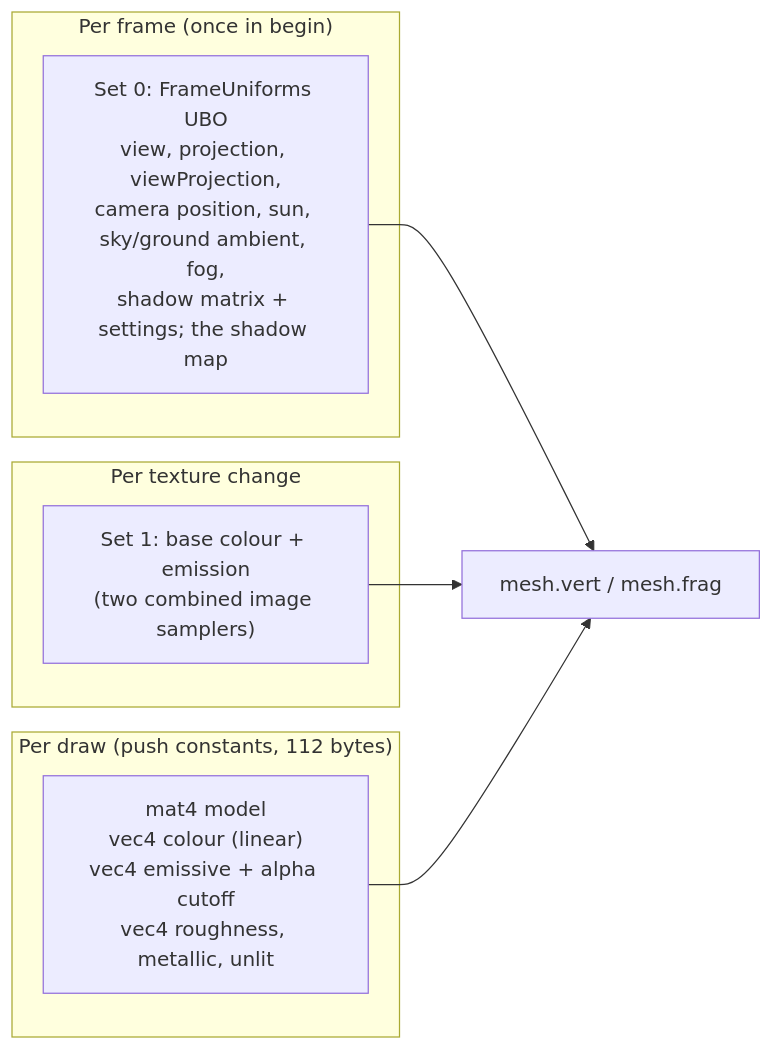
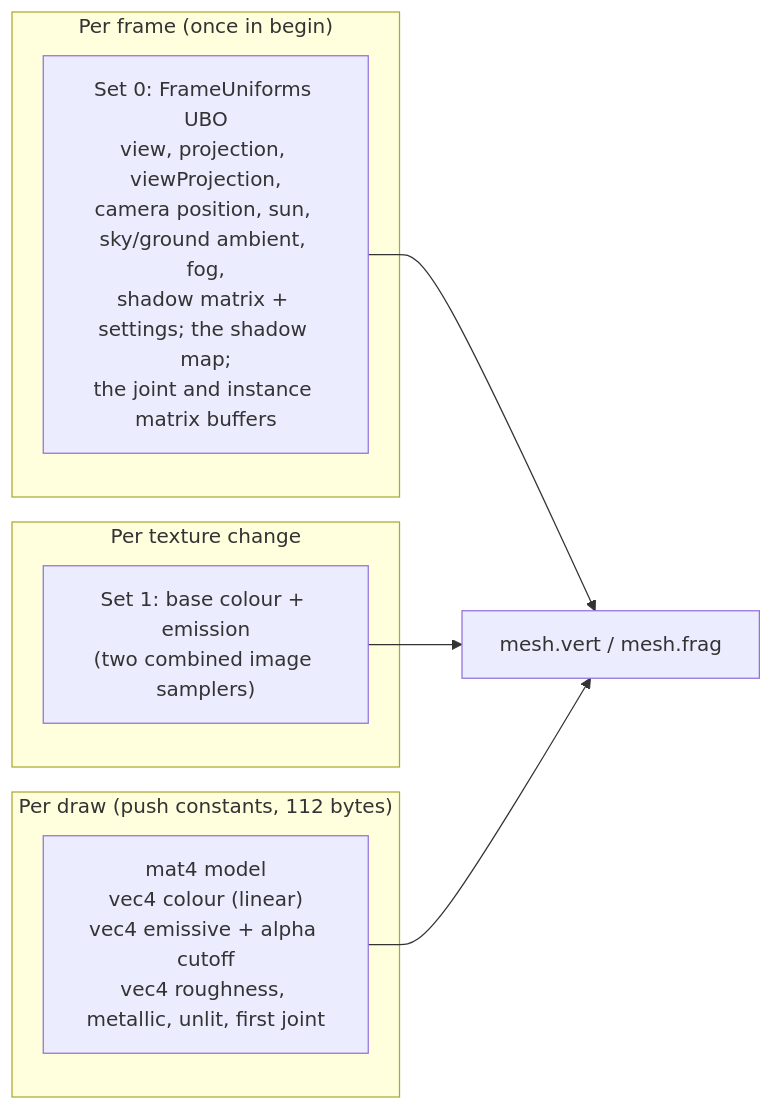
Before and after one commit to Chuck5ta/3DBaseFramework: the tenth of 16 diagrams in docs/GAME3D_ARCHITECTURE.md, drawn with Mermaid. The commit also changed other lines of this file and 25 other files, not shown here.

````diff
--- a/docs/GAME3D_ARCHITECTURE.md
+++ b/docs/GAME3D_ARCHITECTURE.md
@@ -820,15 +845,15 @@
 ```mermaid
 flowchart LR
     subgraph perFrame["Per frame (once in begin)"]
-        ubo["Set 0: FrameUniforms UBO<br/>view, projection, viewProjection,<br/>camera position, sun, sky/ground ambient, fog,<br/>shadow matrix + settings; the shadow map"]
+        ubo["Set 0: FrameUniforms UBO<br/>view, projection, viewProjection,<br/>camera position, sun, sky/ground ambient, fog,<br/>shadow matrix + settings; the shadow map;<br/>the joint and instance matrix buffers"]
     end
     subgraph perMaterial["Per texture change"]
         tex["Set 1: base colour + emission<br/>(two combined image samplers)"]
     end
     subgraph perObject["Per draw (push constants, 112 bytes)"]
-        pc["mat4 model<br/>vec4 colour (linear)<br/>vec4 emissive + alpha cutoff<br/>vec4 roughness, metallic, unlit"]
+        pc["mat4 model<br/>vec4 colour (linear)<br/>vec4 emissive + alpha cutoff<br/>vec4 roughness, metallic, unlit, first joint"]
     end
     ubo --> sh["mesh.vert / mesh.frag"]
     tex --> sh
     pc --> sh
 ```
````
